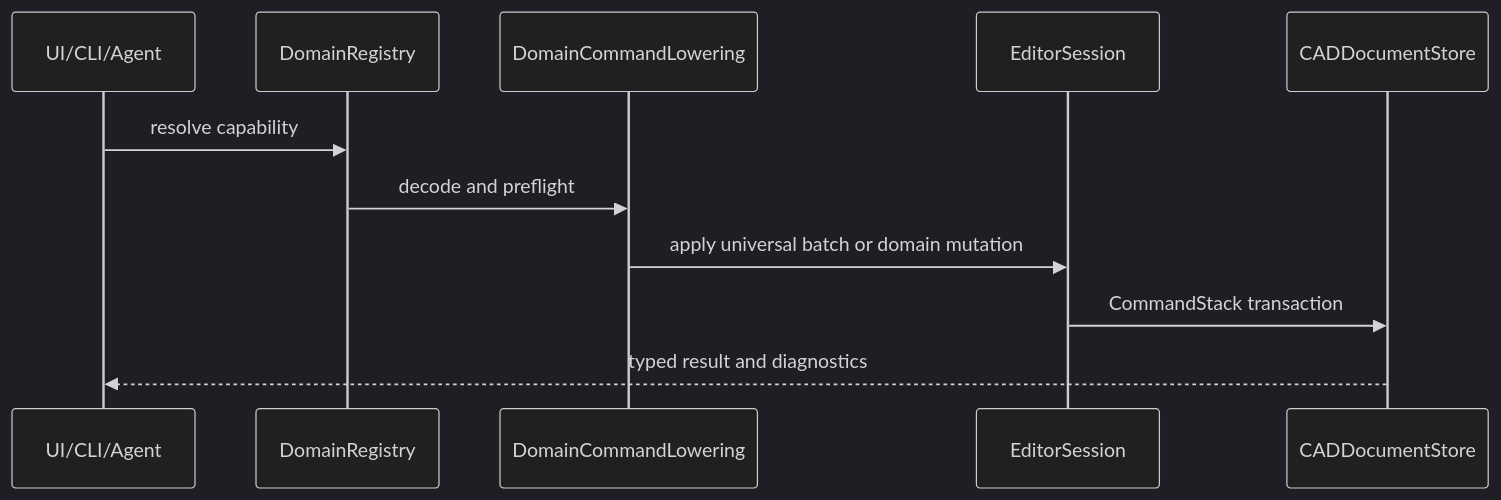
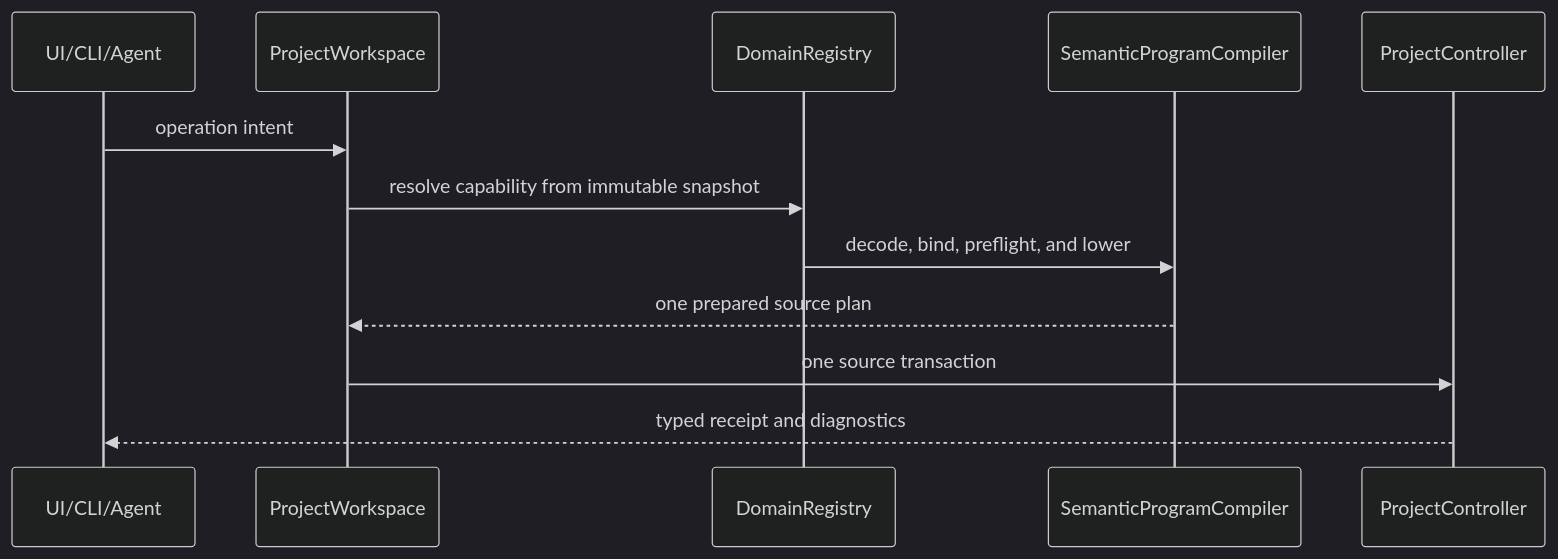
One commit to 1amageek/Rupa changed the fourth of 6 diagrams in Rupa/DOMAIN_FOUNDATION_DESIGN.md. Above: the diagram before and after it, drawn with Mermaid (dark theme). The commit also changed other lines of this file and 17 other files, not shown here.

````diff
--- a/Rupa/DOMAIN_FOUNDATION_DESIGN.md
+++ b/Rupa/DOMAIN_FOUNDATION_DESIGN.md
@@ -225,14 +262,15 @@
 ```mermaid
 sequenceDiagram
     participant Caller as UI/CLI/Agent
+    participant Workspace as ProjectWorkspace
     participant Registry as DomainRegistry
-    participant Lowering as DomainCommandLowering
-    participant Session as EditorSession
-    participant Store as CADDocumentStore
+    participant Compiler as SemanticProgramCompiler
+    participant Controller as ProjectController
 
-    Caller->>Registry: resolve capability
-    Registry->>Lowering: decode and preflight
-    Lowering->>Session: apply universal batch or domain mutation
-    Session->>Store: CommandStack transaction
-    Store-->>Caller: typed result and diagnostics
+    Caller->>Workspace: operation intent
+    Workspace->>Registry: resolve capability from immutable snapshot
+    Registry->>Compiler: decode, bind, preflight, and lower
+    Compiler-->>Workspace: one prepared source plan
+    Workspace->>Controller: one source transaction
+    Controller-->>Caller: typed receipt and diagnostics
 ```
````
